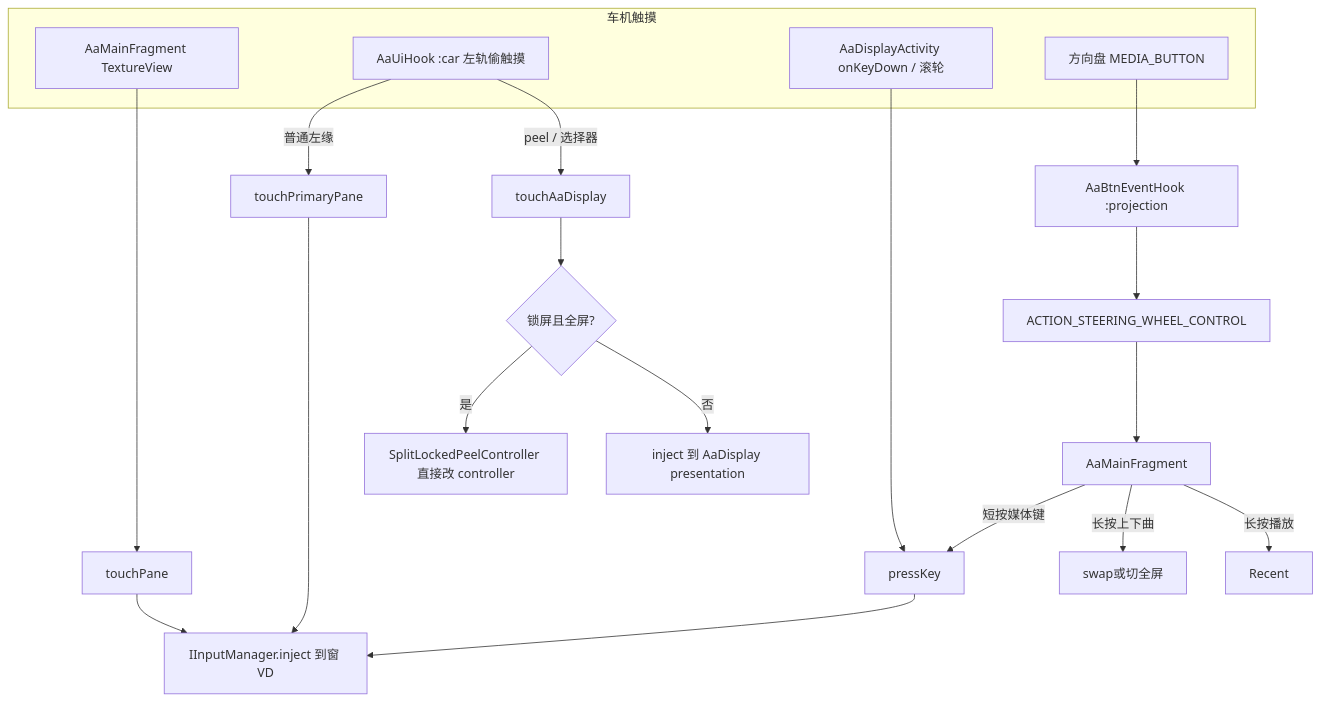
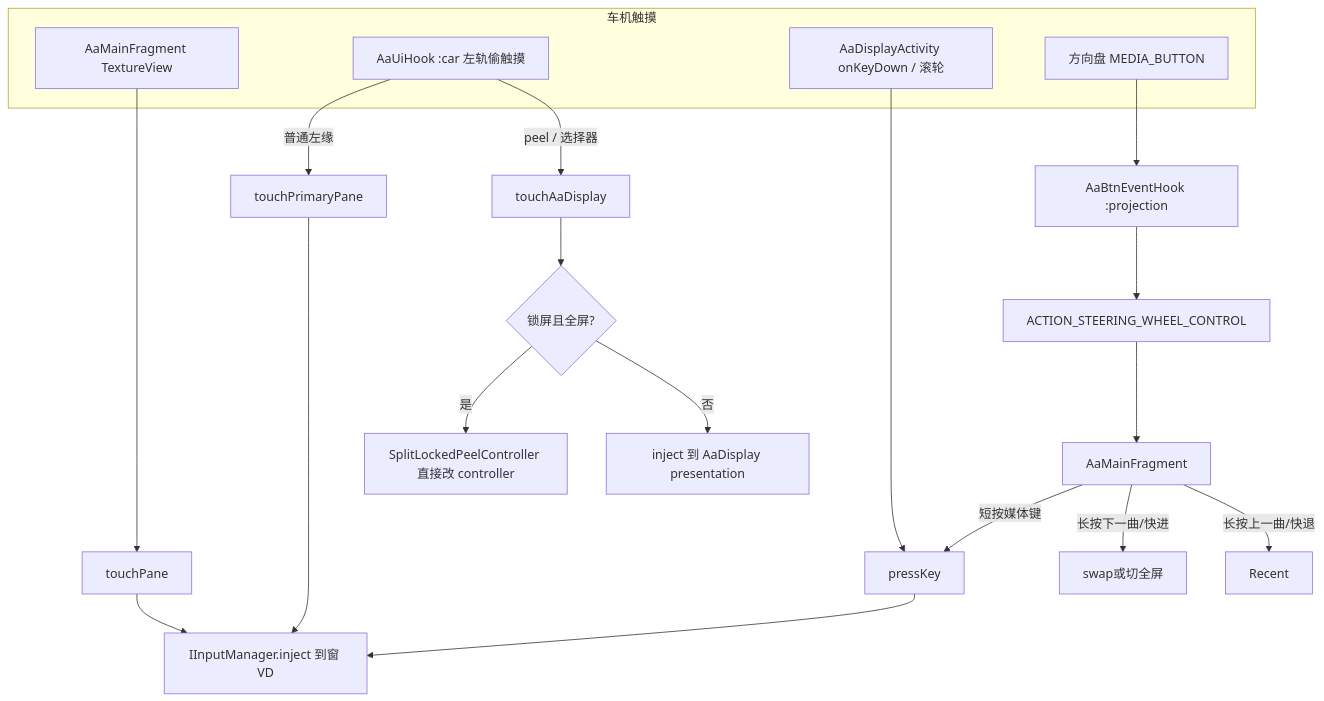
One commit to lagXkjy/AADisplay changed the second of 2 diagrams in docs/EXECUTION.md. Above: the diagram before and after it, drawn with Mermaid. The commit also changed other lines of this file and 2 other files, not shown here.

````diff
--- a/docs/EXECUTION.md
+++ b/docs/EXECUTION.md
@@ -364,27 +364,27 @@
 ```mermaid
 flowchart TB
     subgraph HU["车机触摸"]
         TV["AaMainFragment TextureView"]
         RAIL["AaUiHook :car 左轨偷触摸"]
         KEY["AaDisplayActivity onKeyDown / 滚轮"]
         WH["方向盘 MEDIA_BUTTON"]
     end
 
     TV --> touchPane
     RAIL -->|普通左缘| touchPrimaryPane
     RAIL -->|peel / 选择器| touchAaDisplay
     KEY --> pressKey
     WH --> BtnHook["AaBtnEventHook :projection"]
     BtnHook --> BR["ACTION_STEERING_WHEEL_CONTROL"]
     BR --> MAIN["AaMainFragment"]
     MAIN -->|短按媒体键| pressKey
-    MAIN -->|长按上下曲| swap或切全屏
-    MAIN -->|长按播放| Recent
+    MAIN -->|长按下一曲/快进| swap或切全屏
+    MAIN -->|长按上一曲/快退| Recent
 
     touchPane --> IM["IInputManager.inject 到窗 VD"]
     touchPrimaryPane --> IM
     touchAaDisplay --> PEEL{"锁屏且全屏?"}
     PEEL -->|是| LOCK["SplitLockedPeelController 直接改 controller"]
     PEEL -->|否| PRES["inject 到 AaDisplay presentation"]
     pressKey --> IM
 ```
````
